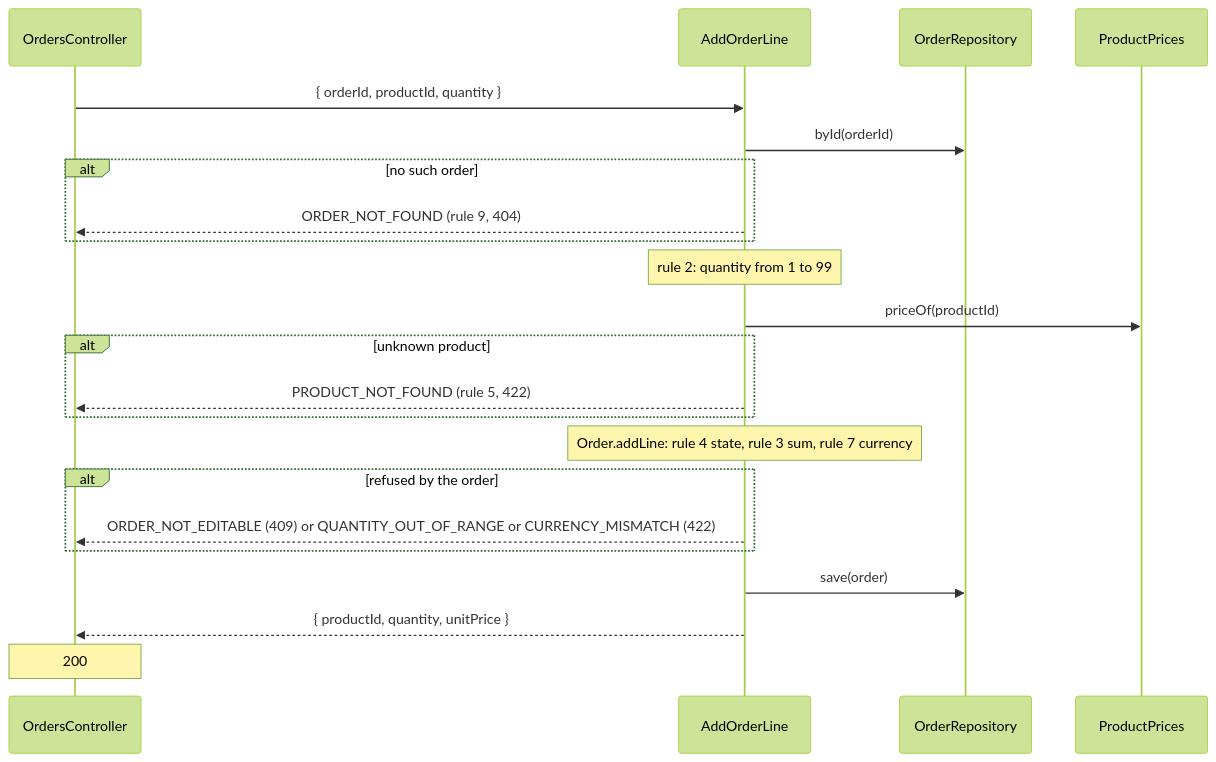
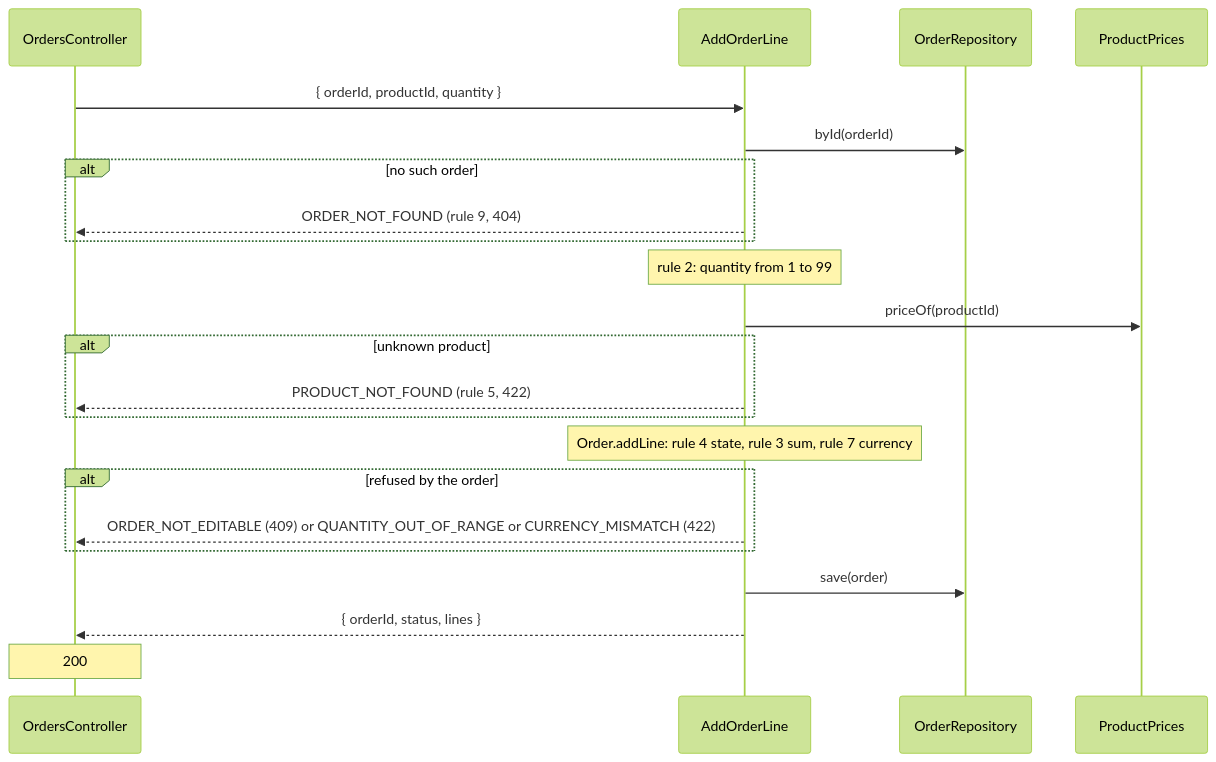
Before and after one commit to Project-Builder-Schematics/Anvil: the second of 5 diagrams in docs/ordering/flows.md, drawn with Mermaid (forest theme). The commit also changed 14 other files, not shown here.

````diff
--- a/docs/ordering/flows.md
+++ b/docs/ordering/flows.md
@@ -23,24 +23,24 @@
 ```mermaid
 sequenceDiagram
   participant C as OrdersController
   participant U as AddOrderLine
   participant R as OrderRepository
   participant P as ProductPrices
   C->>U: { orderId, productId, quantity }
   U->>R: byId(orderId)
   alt no such order
     U-->>C: ORDER_NOT_FOUND (rule 9, 404)
   end
   Note over U: rule 2: quantity from 1 to 99
   U->>P: priceOf(productId)
   alt unknown product
     U-->>C: PRODUCT_NOT_FOUND (rule 5, 422)
   end
   Note over U: Order.addLine: rule 4 state, rule 3 sum, rule 7 currency
   alt refused by the order
     U-->>C: ORDER_NOT_EDITABLE (409) or QUANTITY_OUT_OF_RANGE or CURRENCY_MISMATCH (422)
   end
   U->>R: save(order)
-  U-->>C: { productId, quantity, unitPrice }
+  U-->>C: { orderId, status, lines }
   Note over C: 200
 ```
````
